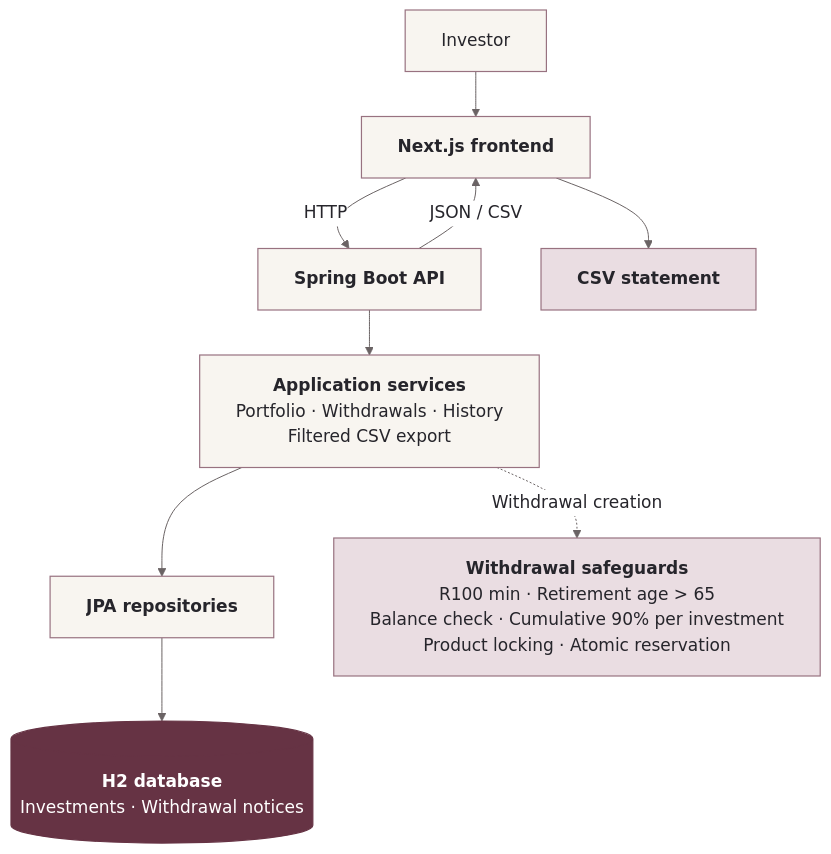
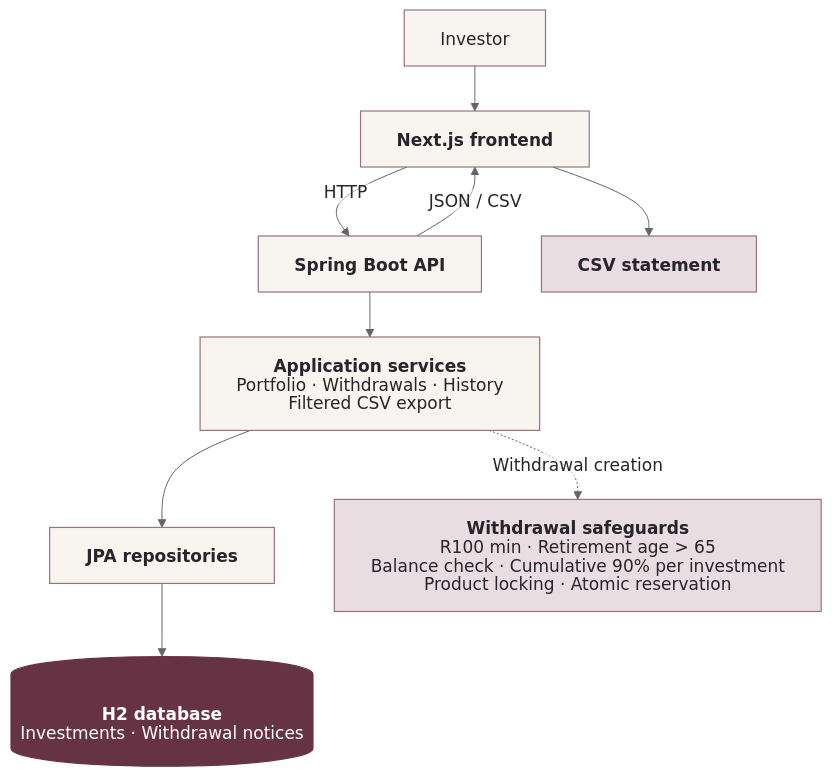
Before and after one commit to Eleazarovich/enviro365-investments: the diagram in README.md, drawn with Mermaid.

Commit message:
Fix clipped architecture diagram labels

````diff
--- a/README.md
+++ b/README.md
@@ -20,52 +20,59 @@
 ```mermaid
 ---
 config:
   theme: base
   look: classic
   layout: dagre
   markdownAutoWrap: false
+  htmlLabels: false
+  fontFamily: Arial, sans-serif
   themeVariables:
-    fontFamily: 'ui-sans-serif, system-ui, sans-serif'
     fontSize: 17px
     primaryColor: '#F8F5F0'
     primaryTextColor: '#26252B'
     primaryBorderColor: '#987280'
     lineColor: '#6A6364'
     edgeLabelBackground: '#FFFFFF'
   flowchart:
     wrappingWidth: 450
     curve: basis
     nodeSpacing: 60
     rankSpacing: 45
     padding: 18
     diagramPadding: 24
 ---
 flowchart TB
   accTitle: Enviro365 application architecture
   accDescr: An investor uses the Next.js frontend to call Spring Boot REST controllers. Application services retrieve portfolios, create withdrawal notices, return history and generate filtered CSV. Spring Data JPA persists records in H2. Withdrawal creation locks the product, validates backend rules and saves the notice as a reservation in one transaction.
 
   investor["Investor"]
-  frontend["<b>Next.js frontend</b>"]
-  api["<b>Spring Boot API</b>"]
-  services["<b>Application services</b><br/>Portfolio · Withdrawals · History<br/>Filtered CSV export"]
-  repositories["<b>JPA repositories</b>"]
-  database[("<b>H2 database</b><br/>Investments · Withdrawal notices")]
-  safeguards["<b>Withdrawal safeguards</b><br/>R100 min · Retirement age &gt; 65<br/>Balance check · Cumulative 90% per investment<br/>Product locking · Atomic reservation"]
-  statement["<b>CSV statement</b>"]
+  frontend["`**Next.js frontend**`"]
+  api["`**Spring Boot API**`"]
+  services["`**Application services**
+Portfolio · Withdrawals · History
+Filtered CSV export`"]
+  repositories["`**JPA repositories**`"]
+  database[("`**H2 database**
+Investments · Withdrawal notices`")]
+  safeguards["`**Withdrawal safeguards**
+R100 min · Retirement age &gt; 65
+Balance check · Cumulative 90% per investment
+Product locking · Atomic reservation`"]
+  statement["`**CSV statement**`"]
 
   investor --> frontend
   frontend -->|HTTP| api
   api -->|JSON / CSV| frontend
   frontend --> statement
   api --> services
   services --> repositories
   repositories --> database
   services -.->|Withdrawal creation| safeguards
 
   classDef component fill:#F8F5F0,stroke:#987280,color:#26252B,stroke-width:1.2px
   classDef accent fill:#663344,stroke:#663344,color:#FFFFFF,stroke-width:1.2px
   classDef detail fill:#EADDE2,stroke:#987280,color:#26252B,stroke-width:1.2px
   class investor,frontend,api,services,repositories component
   class database accent
   class safeguards,statement detail
 ```
````
